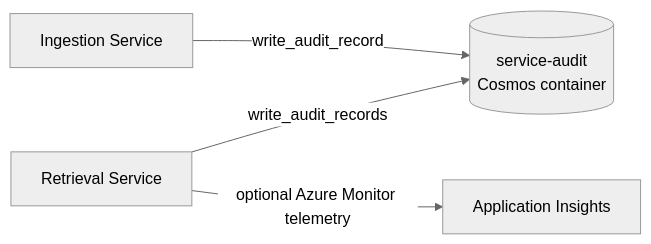
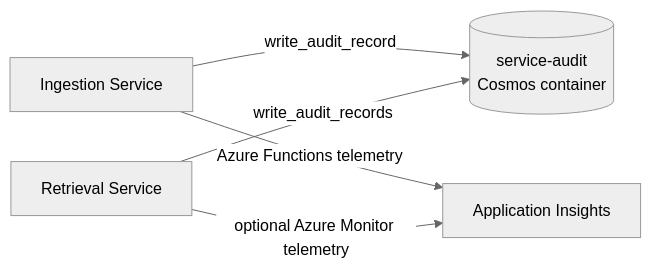
Diagram 13 of 14 in docs/ARCHITECTURE.md (HariVamsiChittari1/enterprise-rag-pipeline), drawn with Mermaid (neutral theme) before and after one commit. The commit also changed other lines of this file and 129 other files, not shown here.

````diff
--- a/docs/ARCHITECTURE.md
+++ b/docs/ARCHITECTURE.md
@@ -798,6 +1129,7 @@
 ```mermaid
 flowchart LR
     Ingestion[Ingestion Service] -->|write_audit_record| Audit[(service-audit<br/>Cosmos container)]
     Retrieval[Retrieval Service] -->|write_audit_records| Audit
-    Retrieval -->|optional Azure Monitor telemetry| AppInsights[Application Insights]
+    Ingestion -->|Azure Functions telemetry| AppInsights[Application Insights]
+    Retrieval -->|optional Azure Monitor telemetry| AppInsights
 ```
````
